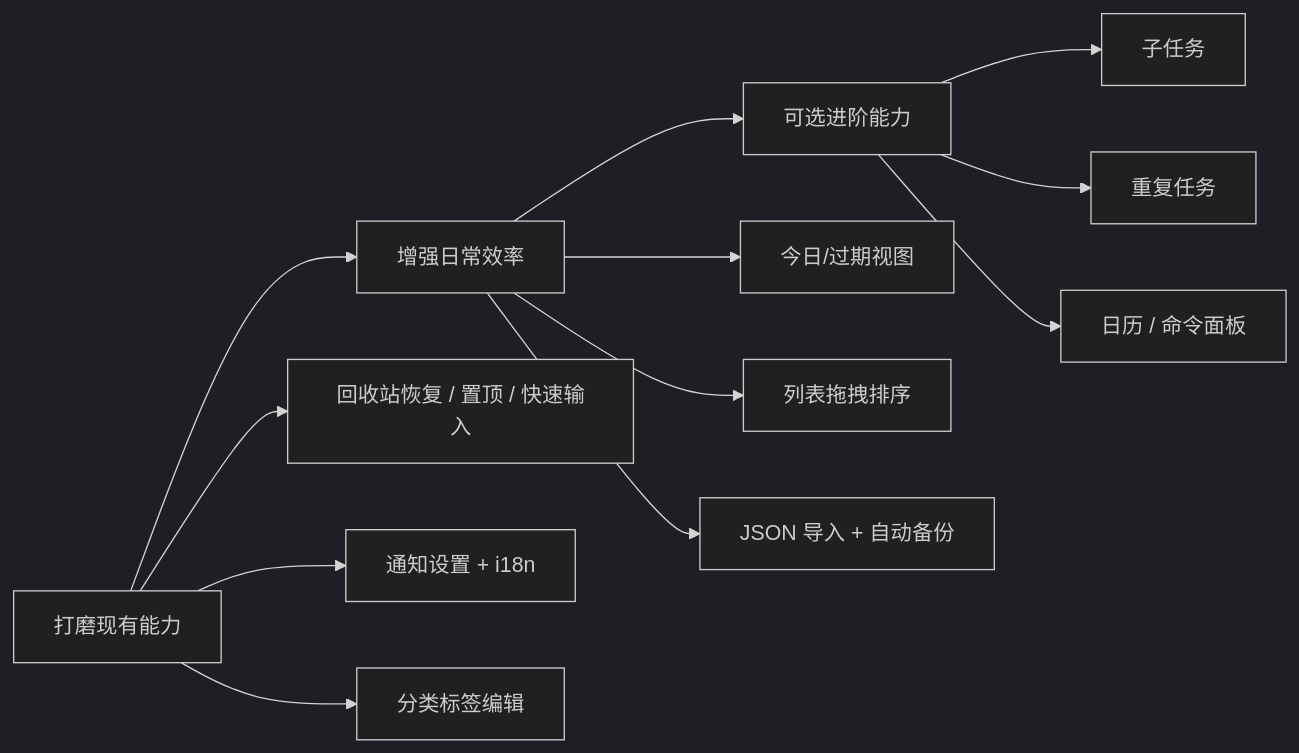
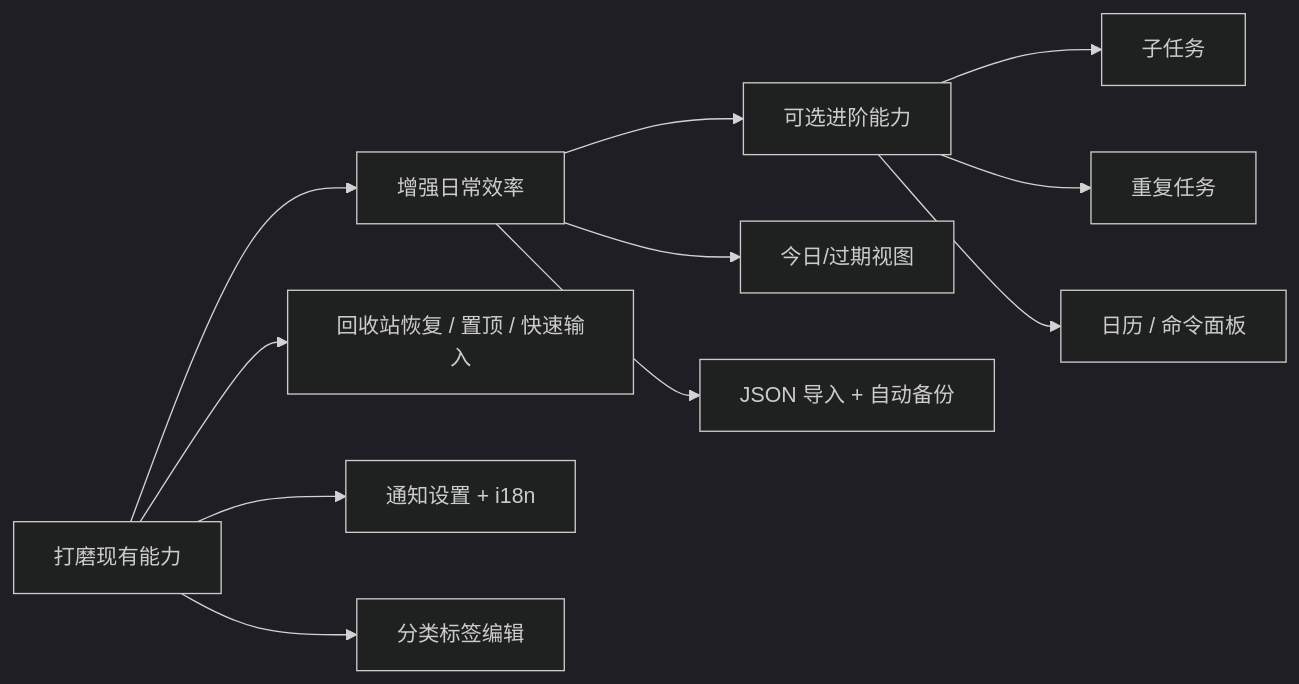
One commit to yuxiaoyong/Todo-List changed the diagram in docs/Improvement.md. Above: the diagram before and after it, drawn with Mermaid (dark theme). The commit also changed other lines of this file and 36 other files, not shown here.

Commit message:
在 0.1.0 基础上新增甘特图主视图与可选 AI 能力

````diff
--- a/docs/Improvement.md
+++ b/docs/Improvement.md
@@ -112,17 +112,16 @@
 ```mermaid
 flowchart LR
   A[打磨现有能力] --> B[增强日常效率]
   B --> C[可选进阶能力]
 
   A --> A1[回收站恢复 / 置顶 / 快速输入]
   A --> A2[通知设置 + i18n]
   A --> A3[分类标签编辑]
 
   B --> B1[今日/过期视图]
-  B --> B2[列表拖拽排序]
-  B --> B3[JSON 导入 + 自动备份]
+  B --> B2[JSON 导入 + 自动备份]
 
   C --> C1[子任务]
   C --> C2[重复任务]
   C --> C3[日历 / 命令面板]
 ```
````
